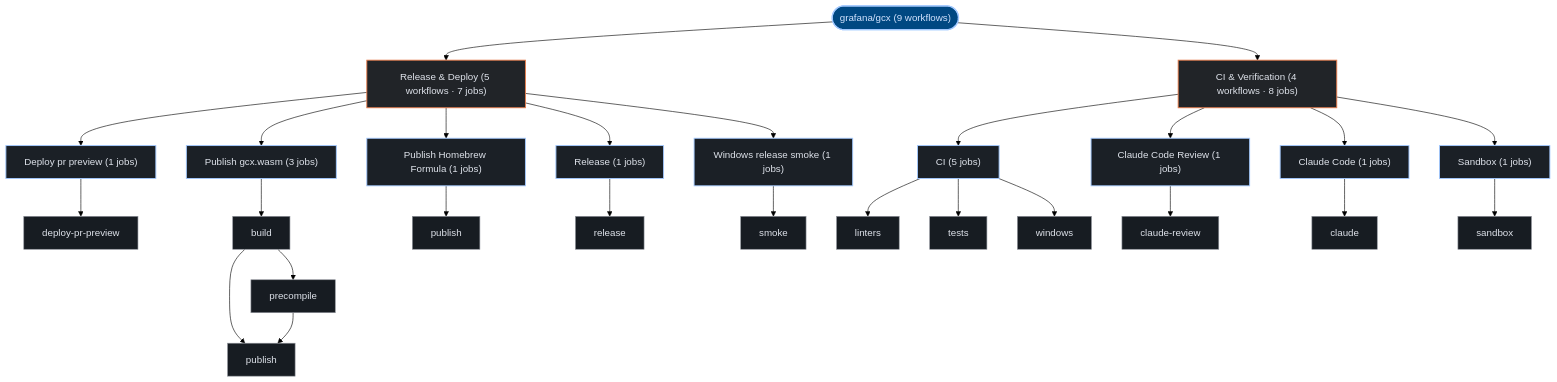
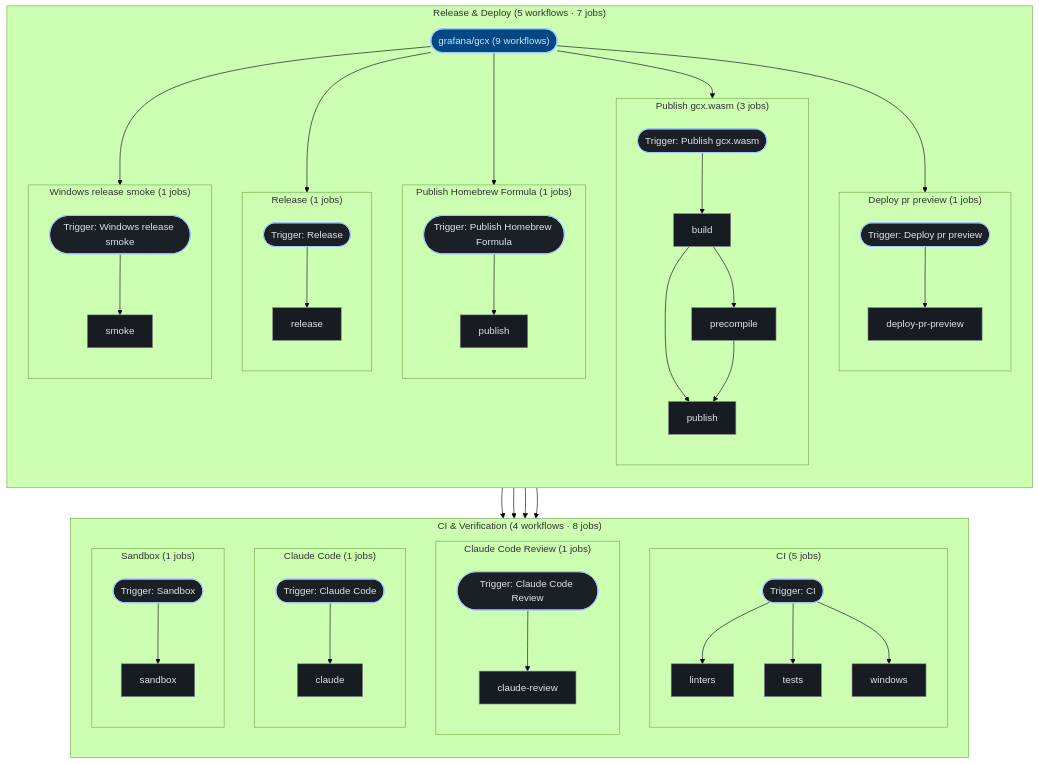
The third of 3 diagrams in exports/latest/reports/grafana-gcx-report.md (kumarshaz/atruss-code-atlas), drawn with Mermaid (forest theme) before and after one commit. The commit also changed 181 other files, not shown here.

````diff
--- a/exports/latest/reports/grafana-gcx-report.md
+++ b/exports/latest/reports/grafana-gcx-report.md
@@ -237,53 +237,82 @@
   classDef atlasAlert fill:#93000a,stroke:#ffb4ab,stroke-width:1.5px,color:#ffdad6
   classDef atlasMore fill:#252a31,stroke:#8d9199,stroke-dasharray:4 4,color:#c3c6cf
   pipeline_root(["grafana/gcx (9 workflows)"]):::atlasRoot
-  grp_0_Release___Deploy["Release & Deploy (5 workflows · 7 jobs)"]:::atlasCategory
-  pipeline_root --> grp_0_Release___Deploy
-  wf_3_Deploy_pr_preview["Deploy pr preview (1 jobs)"]:::atlasWorkflow
-  grp_0_Release___Deploy --> wf_3_Deploy_pr_preview
-  job_3_deploy_pr_preview["deploy-pr-preview"]:::atlasJob
-  wf_3_Deploy_pr_preview --> job_3_deploy_pr_preview
-  wf_4_Publish_gcx_wasm["Publish gcx.wasm (3 jobs)"]:::atlasWorkflow
-  grp_0_Release___Deploy --> wf_4_Publish_gcx_wasm
-  job_4_build["build"]:::atlasJob
-  job_4_precompile["precompile"]:::atlasJob
-  job_4_publish["publish"]:::atlasJob
-  wf_4_Publish_gcx_wasm --> job_4_build
-  job_4_build --> job_4_precompile
-  job_4_build --> job_4_publish
-  job_4_precompile --> job_4_publish
-  wf_5_Publish_Homebrew_Formula["Publish Homebrew Formula (1 jobs)"]:::atlasWorkflow
-  grp_0_Release___Deploy --> wf_5_Publish_Homebrew_Formula
-  job_5_publish["publish"]:::atlasJob
-  wf_5_Publish_Homebrew_Formula --> job_5_publish
-  wf_6_Release["Release (1 jobs)"]:::atlasWorkflow
-  grp_0_Release___Deploy --> wf_6_Release
-  job_6_release["release"]:::atlasJob
-  wf_6_Release --> job_6_release
-  wf_8_Windows_release_smoke["Windows release smoke (1 jobs)"]:::atlasWorkflow
-  grp_0_Release___Deploy --> wf_8_Windows_release_smoke
-  job_8_smoke["smoke"]:::atlasJob
-  wf_8_Windows_release_smoke --> job_8_smoke
-  grp_1_CI___Verification["CI & Verification (4 workflows · 8 jobs)"]:::atlasCategory
-  pipeline_root --> grp_1_CI___Verification
-  wf_0_CI["CI (5 jobs)"]:::atlasWorkflow
-  grp_1_CI___Verification --> wf_0_CI
-  job_0_linters["linters"]:::atlasJob
-  job_0_tests["tests"]:::atlasJob
-  job_0_windows["windows"]:::atlasJob
-  wf_0_CI --> job_0_linters
-  wf_0_CI --> job_0_tests
-  wf_0_CI --> job_0_windows
-  wf_1_Claude_Code_Review["Claude Code Review (1 jobs)"]:::atlasWorkflow
-  grp_1_CI___Verification --> wf_1_Claude_Code_Review
-  job_1_claude_review["claude-review"]:::atlasJob
-  wf_1_Claude_Code_Review --> job_1_claude_review
-  wf_2_Claude_Code["Claude Code (1 jobs)"]:::atlasWorkflow
-  grp_1_CI___Verification --> wf_2_Claude_Code
-  job_2_claude["claude"]:::atlasJob
-  wf_2_Claude_Code --> job_2_claude
-  wf_7_Sandbox["Sandbox (1 jobs)"]:::atlasWorkflow
-  grp_1_CI___Verification --> wf_7_Sandbox
-  job_7_sandbox["sandbox"]:::atlasJob
-  wf_7_Sandbox --> job_7_sandbox
+  subgraph sg_grp_0_Release___Deploy["Release & Deploy (5 workflows · 7 jobs)"]
+    direction TB
+    subgraph sg_wf_3_Deploy_pr_preview["Deploy pr preview (1 jobs)"]
+      direction TB
+      wf_3_Deploy_pr_preview(["Trigger: Deploy pr preview"]):::atlasWorkflow
+      job_3_deploy_pr_preview["deploy-pr-preview"]:::atlasJob
+      wf_3_Deploy_pr_preview --> job_3_deploy_pr_preview
+    end
+    pipeline_root --> wf_3_Deploy_pr_preview
+    subgraph sg_wf_4_Publish_gcx_wasm["Publish gcx.wasm (3 jobs)"]
+      direction TB
+      wf_4_Publish_gcx_wasm(["Trigger: Publish gcx.wasm"]):::atlasWorkflow
+      job_4_build["build"]:::atlasJob
+      job_4_precompile["precompile"]:::atlasJob
+      job_4_publish["publish"]:::atlasJob
+      wf_4_Publish_gcx_wasm --> job_4_build
+      job_4_build --> job_4_precompile
+      job_4_build --> job_4_publish
+      job_4_precompile --> job_4_publish
+    end
+    pipeline_root --> wf_4_Publish_gcx_wasm
+    subgraph sg_wf_5_Publish_Homebrew_Formula["Publish Homebrew Formula (1 jobs)"]
+      direction TB
+      wf_5_Publish_Homebrew_Formula(["Trigger: Publish Homebrew Formula"]):::atlasWorkflow
+      job_5_publish["publish"]:::atlasJob
+      wf_5_Publish_Homebrew_Formula --> job_5_publish
+    end
+    pipeline_root --> wf_5_Publish_Homebrew_Formula
+    subgraph sg_wf_6_Release["Release (1 jobs)"]
+      direction TB
+      wf_6_Release(["Trigger: Release"]):::atlasWorkflow
+      job_6_release["release"]:::atlasJob
+      wf_6_Release --> job_6_release
+    end
+    pipeline_root --> wf_6_Release
+    subgraph sg_wf_8_Windows_release_smoke["Windows release smoke (1 jobs)"]
+      direction TB
+      wf_8_Windows_release_smoke(["Trigger: Windows release smoke"]):::atlasWorkflow
+      job_8_smoke["smoke"]:::atlasJob
+      wf_8_Windows_release_smoke --> job_8_smoke
+    end
+    pipeline_root --> wf_8_Windows_release_smoke
+  end
+  subgraph sg_grp_1_CI___Verification["CI & Verification (4 workflows · 8 jobs)"]
+    direction TB
+    subgraph sg_wf_0_CI["CI (5 jobs)"]
+      direction TB
+      wf_0_CI(["Trigger: CI"]):::atlasWorkflow
+      job_0_linters["linters"]:::atlasJob
+      job_0_tests["tests"]:::atlasJob
+      job_0_windows["windows"]:::atlasJob
+      wf_0_CI --> job_0_linters
+      wf_0_CI --> job_0_tests
+      wf_0_CI --> job_0_windows
+    end
+    pipeline_root --> wf_0_CI
+    subgraph sg_wf_1_Claude_Code_Review["Claude Code Review (1 jobs)"]
+      direction TB
+      wf_1_Claude_Code_Review(["Trigger: Claude Code Review"]):::atlasWorkflow
+      job_1_claude_review["claude-review"]:::atlasJob
+      wf_1_Claude_Code_Review --> job_1_claude_review
+    end
+    pipeline_root --> wf_1_Claude_Code_Review
+    subgraph sg_wf_2_Claude_Code["Claude Code (1 jobs)"]
+      direction TB
+      wf_2_Claude_Code(["Trigger: Claude Code"]):::atlasWorkflow
+      job_2_claude["claude"]:::atlasJob
+      wf_2_Claude_Code --> job_2_claude
+    end
+    pipeline_root --> wf_2_Claude_Code
+    subgraph sg_wf_7_Sandbox["Sandbox (1 jobs)"]
+      direction TB
+      wf_7_Sandbox(["Trigger: Sandbox"]):::atlasWorkflow
+      job_7_sandbox["sandbox"]:::atlasJob
+      wf_7_Sandbox --> job_7_sandbox
+    end
+    pipeline_root --> wf_7_Sandbox
+  end
 ```
````
